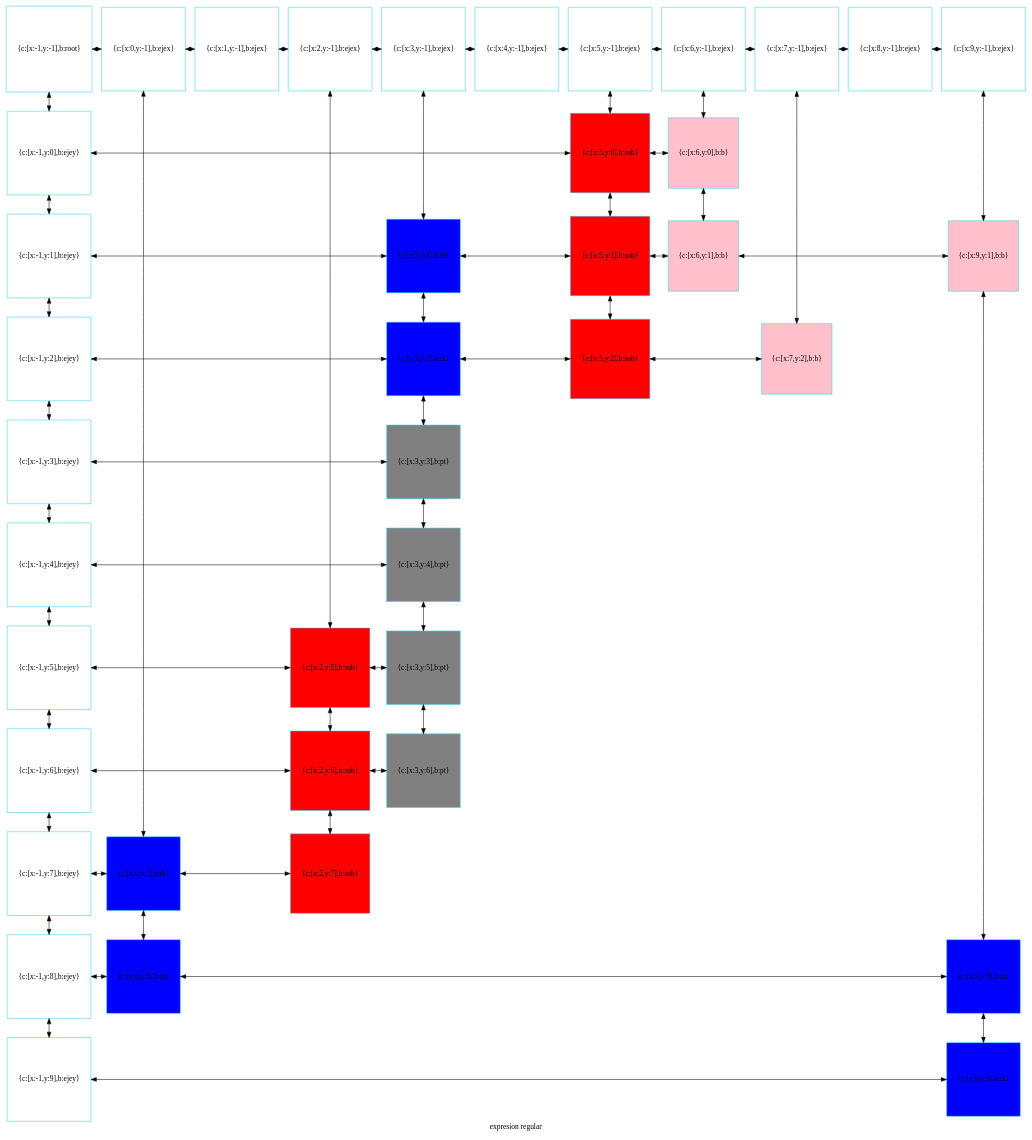
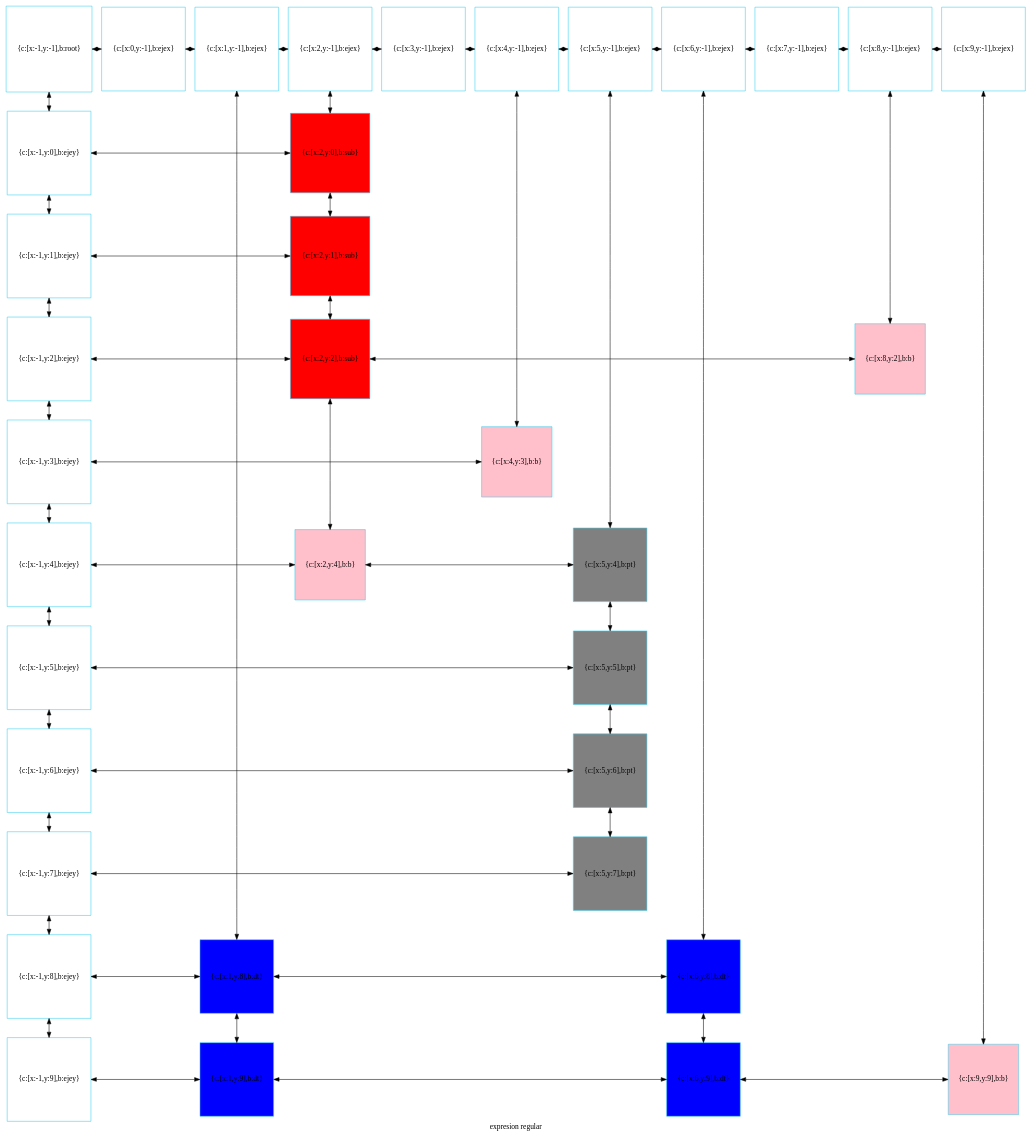
The diagram in mitablero.dot (betebetoven/EDDS2F2), drawn with Graphviz before and after one commit. The commit also changed 23 other files, not shown here.

```diff
--- a/mitablero.dot
+++ b/mitablero.dot
@@ -1,121 +1,106 @@
 digraph G
 {label="expresion regular"
         node[shape = square]
         node[style = filled]
         node[fillcolor = "#EEEEE"]
         node[color = "#EEEEE"]
         node[color = "#31CEF0"]
 
-101351543136[label="{c:[x:-1,y:-1],b:root}",fillcolor = "white"]
-101351543280[label="{c:[x:0,y:-1],b:ejex}",fillcolor = "white"]
-101351543424[label="{c:[x:1,y:-1],b:ejex}",fillcolor = "white"]
-101351543568[label="{c:[x:2,y:-1],b:ejex}",fillcolor = "white"]
-101351543712[label="{c:[x:3,y:-1],b:ejex}",fillcolor = "white"]
-101351543856[label="{c:[x:4,y:-1],b:ejex}",fillcolor = "white"]
-101351544000[label="{c:[x:5,y:-1],b:ejex}",fillcolor = "white"]
-101351544144[label="{c:[x:6,y:-1],b:ejex}",fillcolor = "white"]
-101351544288[label="{c:[x:7,y:-1],b:ejex}",fillcolor = "white"]
-101351544432[label="{c:[x:8,y:-1],b:ejex}",fillcolor = "white"]
-101351544576[label="{c:[x:9,y:-1],b:ejex}",fillcolor = "white"]
-101351544720[label="{c:[x:-1,y:0],b:ejey}",fillcolor = "white"]
-101351561008[label="{c:[x:5,y:0],b:sub}",fillcolor = "red"]
-101351568528[label="{c:[x:6,y:0],b:b}",fillcolor = "pink"]
-101351544864[label="{c:[x:-1,y:1],b:ejey}",fillcolor = "white"]
-101351563024[label="{c:[x:3,y:1],b:dt}",fillcolor = "blue"]
-101351561344[label="{c:[x:5,y:1],b:sub}",fillcolor = "red"]
-101351568912[label="{c:[x:6,y:1],b:b}",fillcolor = "pink"]
-101351568576[label="{c:[x:9,y:1],b:b}",fillcolor = "pink"]
-101351545008[label="{c:[x:-1,y:2],b:ejey}",fillcolor = "white"]
-101351562784[label="{c:[x:3,y:2],b:dt}",fillcolor = "blue"]
-101351561680[label="{c:[x:5,y:2],b:sub}",fillcolor = "red"]
-101351568192[label="{c:[x:7,y:2],b:b}",fillcolor = "pink"]
-101351545152[label="{c:[x:-1,y:3],b:ejey}",fillcolor = "white"]
-101351546304[label="{c:[x:3,y:3],b:pt}",fillcolor = "gray"]
-101351545296[label="{c:[x:-1,y:4],b:ejey}",fillcolor = "white"]
-101351546640[label="{c:[x:3,y:4],b:pt}",fillcolor = "gray"]
-101351545440[label="{c:[x:-1,y:5],b:ejey}",fillcolor = "white"]
-101351560000[label="{c:[x:2,y:5],b:sub}",fillcolor = "red"]
-101351559328[label="{c:[x:3,y:5],b:pt}",fillcolor = "gray"]
-101351545584[label="{c:[x:-1,y:6],b:ejey}",fillcolor = "white"]
-101351560336[label="{c:[x:2,y:6],b:sub}",fillcolor = "red"]
-101351559664[label="{c:[x:3,y:6],b:pt}",fillcolor = "gray"]
-101351545728[label="{c:[x:-1,y:7],b:ejey}",fillcolor = "white"]
-101351567520[label="{c:[x:0,y:7],b:dt}",fillcolor = "blue"]
-101351560672[label="{c:[x:2,y:7],b:sub}",fillcolor = "red"]
-101351545872[label="{c:[x:-1,y:8],b:ejey}",fillcolor = "white"]
-101351567856[label="{c:[x:0,y:8],b:dt}",fillcolor = "blue"]
-101351562352[label="{c:[x:9,y:8],b:dt}",fillcolor = "blue"]
-101351546016[label="{c:[x:-1,y:9],b:ejey}",fillcolor = "white"]
-101351562112[label="{c:[x:9,y:9],b:dt}",fillcolor = "blue"]
-101351543136->101351544720[dir = both];
-101351544720->101351544864[dir = both];
-101351544864->101351545008[dir = both];
-101351545008->101351545152[dir = both];
-101351545152->101351545296[dir = both];
-101351545296->101351545440[dir = both];
-101351545440->101351545584[dir = both];
-101351545584->101351545728[dir = both];
-101351545728->101351545872[dir = both];
-101351545872->101351546016[dir = both];
-101351543280->101351567520[dir = both];
-101351567520->101351567856[dir = both];
-101351543568->101351560000[dir = both];
-101351560000->101351560336[dir = both];
-101351560336->101351560672[dir = both];
-101351543712->101351563024[dir = both];
-101351563024->101351562784[dir = both];
-101351562784->101351546304[dir = both];
-101351546304->101351546640[dir = both];
-101351546640->101351559328[dir = both];
-101351559328->101351559664[dir = both];
-101351544000->101351561008[dir = both];
-101351561008->101351561344[dir = both];
-101351561344->101351561680[dir = both];
-101351544144->101351568528[dir = both];
-101351568528->101351568912[dir = both];
-101351544288->101351568192[dir = both];
-101351544576->101351568576[dir = both];
-101351568576->101351562352[dir = both];
-101351562352->101351562112[dir = both];
-101351543136->101351543280[dir = both];
-101351543280->101351543424[dir = both];
-101351543424->101351543568[dir = both];
-101351543568->101351543712[dir = both];
-101351543712->101351543856[dir = both];
-101351543856->101351544000[dir = both];
-101351544000->101351544144[dir = both];
-101351544144->101351544288[dir = both];
-101351544288->101351544432[dir = both];
-101351544432->101351544576[dir = both];
-101351544720->101351561008[constraint=false,dir = both];
-101351561008->101351568528[constraint=false,dir = both];
-101351544864->101351563024[constraint=false,dir = both];
-101351563024->101351561344[constraint=false,dir = both];
-101351561344->101351568912[constraint=false,dir = both];
-101351568912->101351568576[constraint=false,dir = both];
-101351545008->101351562784[constraint=false,dir = both];
-101351562784->101351561680[constraint=false,dir = both];
-101351561680->101351568192[constraint=false,dir = both];
-101351545152->101351546304[constraint=false,dir = both];
-101351545296->101351546640[constraint=false,dir = both];
-101351545440->101351560000[constraint=false,dir = both];
-101351560000->101351559328[constraint=false,dir = both];
-101351545584->101351560336[constraint=false,dir = both];
-101351560336->101351559664[constraint=false,dir = both];
-101351545728->101351567520[constraint=false,dir = both];
-101351567520->101351560672[constraint=false,dir = both];
-101351545872->101351567856[constraint=false,dir = both];
-101351567856->101351562352[constraint=false,dir = both];
-101351546016->101351562112[constraint=false,dir = both];
- {rank=same; 101351543136;101351543280;101351543424;101351543568;101351543712;101351543856;101351544000;101351544144;101351544288;101351544432;101351544576;}
- {rank=same; 101351544720;101351561008;101351568528;}
- {rank=same; 101351544864;101351563024;101351561344;101351568912;101351568576;}
- {rank=same; 101351545008;101351562784;101351561680;101351568192;}
- {rank=same; 101351545152;101351546304;}
- {rank=same; 101351545296;101351546640;}
- {rank=same; 101351545440;101351560000;101351559328;}
- {rank=same; 101351545584;101351560336;101351559664;}
- {rank=same; 101351545728;101351567520;101351560672;}
- {rank=same; 101351545872;101351567856;101351562352;}
- {rank=same; 101351546016;101351562112;}
+2027290003824[label="{c:[x:-1,y:-1],b:root}",fillcolor = "white"]
+2027290003968[label="{c:[x:0,y:-1],b:ejex}",fillcolor = "white"]
+2027290004112[label="{c:[x:1,y:-1],b:ejex}",fillcolor = "white"]
+2027290004256[label="{c:[x:2,y:-1],b:ejex}",fillcolor = "white"]
+2027290004400[label="{c:[x:3,y:-1],b:ejex}",fillcolor = "white"]
+2027290004544[label="{c:[x:4,y:-1],b:ejex}",fillcolor = "white"]
+2027290004688[label="{c:[x:5,y:-1],b:ejex}",fillcolor = "white"]
+2027290004832[label="{c:[x:6,y:-1],b:ejex}",fillcolor = "white"]
+2027290004976[label="{c:[x:7,y:-1],b:ejex}",fillcolor = "white"]
+2027290005120[label="{c:[x:8,y:-1],b:ejex}",fillcolor = "white"]
+2027290005264[label="{c:[x:9,y:-1],b:ejex}",fillcolor = "white"]
+2027290005408[label="{c:[x:-1,y:0],b:ejey}",fillcolor = "white"]
+2027290008336[label="{c:[x:2,y:0],b:sub}",fillcolor = "red"]
+2027290005552[label="{c:[x:-1,y:1],b:ejey}",fillcolor = "white"]
+2027290008672[label="{c:[x:2,y:1],b:sub}",fillcolor = "red"]
+2027290005696[label="{c:[x:-1,y:2],b:ejey}",fillcolor = "white"]
+2027290009008[label="{c:[x:2,y:2],b:sub}",fillcolor = "red"]
+2027290013040[label="{c:[x:8,y:2],b:b}",fillcolor = "pink"]
+2027290005840[label="{c:[x:-1,y:3],b:ejey}",fillcolor = "white"]
+2027290012368[label="{c:[x:4,y:3],b:b}",fillcolor = "pink"]
+2027290005984[label="{c:[x:-1,y:4],b:ejey}",fillcolor = "white"]
+2027290013472[label="{c:[x:2,y:4],b:b}",fillcolor = "pink"]
+2027290006992[label="{c:[x:5,y:4],b:pt}",fillcolor = "gray"]
+2027290006128[label="{c:[x:-1,y:5],b:ejey}",fillcolor = "white"]
+2027290007328[label="{c:[x:5,y:5],b:pt}",fillcolor = "gray"]
+2027290006272[label="{c:[x:-1,y:6],b:ejey}",fillcolor = "white"]
+2027290007664[label="{c:[x:5,y:6],b:pt}",fillcolor = "gray"]
+2027290006416[label="{c:[x:-1,y:7],b:ejey}",fillcolor = "white"]
+2027290008000[label="{c:[x:5,y:7],b:pt}",fillcolor = "gray"]
+2027290006560[label="{c:[x:-1,y:8],b:ejey}",fillcolor = "white"]
+2027290011936[label="{c:[x:1,y:8],b:dt}",fillcolor = "blue"]
+2027290010592[label="{c:[x:6,y:8],b:dt}",fillcolor = "blue"]
+2027290006704[label="{c:[x:-1,y:9],b:ejey}",fillcolor = "white"]
+2027290011792[label="{c:[x:1,y:9],b:dt}",fillcolor = "blue"]
+2027290010448[label="{c:[x:6,y:9],b:dt}",fillcolor = "blue"]
+2027290012704[label="{c:[x:9,y:9],b:b}",fillcolor = "pink"]
+2027290003824->2027290005408[dir = both];
+2027290005408->2027290005552[dir = both];
+2027290005552->2027290005696[dir = both];
+2027290005696->2027290005840[dir = both];
+2027290005840->2027290005984[dir = both];
+2027290005984->2027290006128[dir = both];
+2027290006128->2027290006272[dir = both];
+2027290006272->2027290006416[dir = both];
+2027290006416->2027290006560[dir = both];
+2027290006560->2027290006704[dir = both];
+2027290004112->2027290011936[dir = both];
+2027290011936->2027290011792[dir = both];
+2027290004256->2027290008336[dir = both];
+2027290008336->2027290008672[dir = both];
+2027290008672->2027290009008[dir = both];
+2027290009008->2027290013472[dir = both];
+2027290004544->2027290012368[dir = both];
+2027290004688->2027290006992[dir = both];
+2027290006992->2027290007328[dir = both];
+2027290007328->2027290007664[dir = both];
+2027290007664->2027290008000[dir = both];
+2027290004832->2027290010592[dir = both];
+2027290010592->2027290010448[dir = both];
+2027290005120->2027290013040[dir = both];
+2027290005264->2027290012704[dir = both];
+2027290003824->2027290003968[dir = both];
+2027290003968->2027290004112[dir = both];
+2027290004112->2027290004256[dir = both];
+2027290004256->2027290004400[dir = both];
+2027290004400->2027290004544[dir = both];
+2027290004544->2027290004688[dir = both];
+2027290004688->2027290004832[dir = both];
+2027290004832->2027290004976[dir = both];
+2027290004976->2027290005120[dir = both];
+2027290005120->2027290005264[dir = both];
+2027290005408->2027290008336[constraint=false,dir = both];
+2027290005552->2027290008672[constraint=false,dir = both];
+2027290005696->2027290009008[constraint=false,dir = both];
+2027290009008->2027290013040[constraint=false,dir = both];
+2027290005840->2027290012368[constraint=false,dir = both];
+2027290005984->2027290013472[constraint=false,dir = both];
+2027290013472->2027290006992[constraint=false,dir = both];
+2027290006128->2027290007328[constraint=false,dir = both];
+2027290006272->2027290007664[constraint=false,dir = both];
+2027290006416->2027290008000[constraint=false,dir = both];
+2027290006560->2027290011936[constraint=false,dir = both];
+2027290011936->2027290010592[constraint=false,dir = both];
+2027290006704->2027290011792[constraint=false,dir = both];
+2027290011792->2027290010448[constraint=false,dir = both];
+2027290010448->2027290012704[constraint=false,dir = both];
+ {rank=same; 2027290003824;2027290003968;2027290004112;2027290004256;2027290004400;2027290004544;2027290004688;2027290004832;2027290004976;2027290005120;2027290005264;}
+ {rank=same; 2027290005408;2027290008336;}
+ {rank=same; 2027290005552;2027290008672;}
+ {rank=same; 2027290005696;2027290009008;2027290013040;}
+ {rank=same; 2027290005840;2027290012368;}
+ {rank=same; 2027290005984;2027290013472;2027290006992;}
+ {rank=same; 2027290006128;2027290007328;}
+ {rank=same; 2027290006272;2027290007664;}
+ {rank=same; 2027290006416;2027290008000;}
+ {rank=same; 2027290006560;2027290011936;2027290010592;}
+ {rank=same; 2027290006704;2027290011792;2027290010448;2027290012704;}
 }
```
